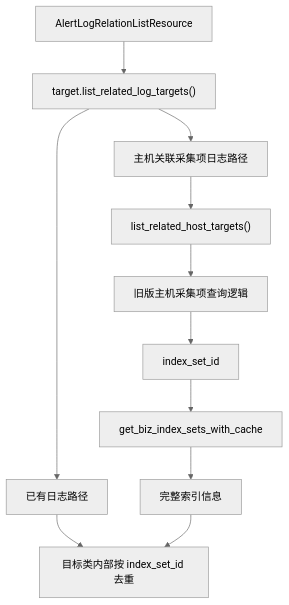
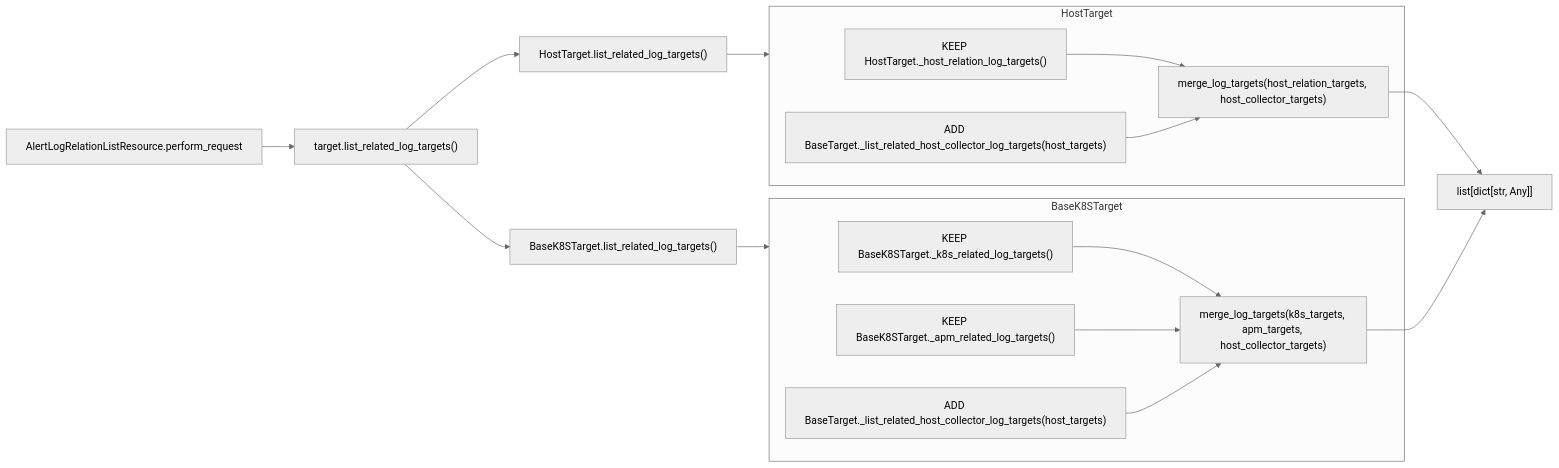
One commit to ZhuoZhuoCrayon/ai-workspace changed the diagram in knowledge/bkmonitor/issues/2026-04-15-alert-detail-host-collector-log-relation/PLAN.md. Above: the diagram before and after it, drawn with Mermaid (neutral theme). The commit also changed other lines of this file, not shown here.

Commit message:
docs(knowledge): refine alert host collector log plan

````diff
--- a/knowledge/bkmonitor/issues/2026-04-15-alert-detail-host-collector-log-relation/PLAN.md
+++ b/knowledge/bkmonitor/issues/2026-04-15-alert-detail-host-collector-log-relation/PLAN.md
@@ -40,16 +38,30 @@
 ```mermaid
-flowchart TD
-    A["AlertLogRelationListResource"] --> B["target.list_related_log_targets()"]
+flowchart LR
+    A["AlertLogRelationListResource.perform_request"] --> B["target.list_related_log_targets()"]
 
-    B --> C["已有日志路径"]
-    B --> D["主机关联采集项日志路径"]
+    B --> H["HostTarget.list_related_log_targets()"]
+    B --> K["BaseK8STarget.list_related_log_targets()"]
 
-    D --> E["list_related_host_targets()"]
-    E --> F["旧版主机采集项查询逻辑"]
-    F --> G["index_set_id"]
-    G --> H["get_biz_index_sets_with_cache"]
-    H --> I["完整索引信息"]
+    subgraph HostTargetPlan["HostTarget"]
+        H1["KEEP HostTarget._host_relation_log_targets()"]
+        H2["ADD BaseTarget._list_related_host_collector_log_targets(host_targets)"]
+        H3["merge_log_targets(host_relation_targets, host_collector_targets)"]
+        H1 --> H3
+        H2 --> H3
+    end
 
-    C --> J["目标类内部按 index_set_id 去重"]
-    I --> J
+    subgraph K8STargetPlan["BaseK8STarget"]
+        K1["KEEP BaseK8STarget._k8s_related_log_targets()"]
+        K2["KEEP BaseK8STarget._apm_related_log_targets()"]
+        K3["ADD BaseTarget._list_related_host_collector_log_targets(host_targets)"]
+        K4["merge_log_targets(k8s_targets, apm_targets, host_collector_targets)"]
+        K1 --> K4
+        K2 --> K4
+        K3 --> K4
+    end
+
+    H --> HostTargetPlan
+    K --> K8STargetPlan
+    H3 --> R["list[dict[str, Any]]"]
+    K4 --> R
 ```
````
